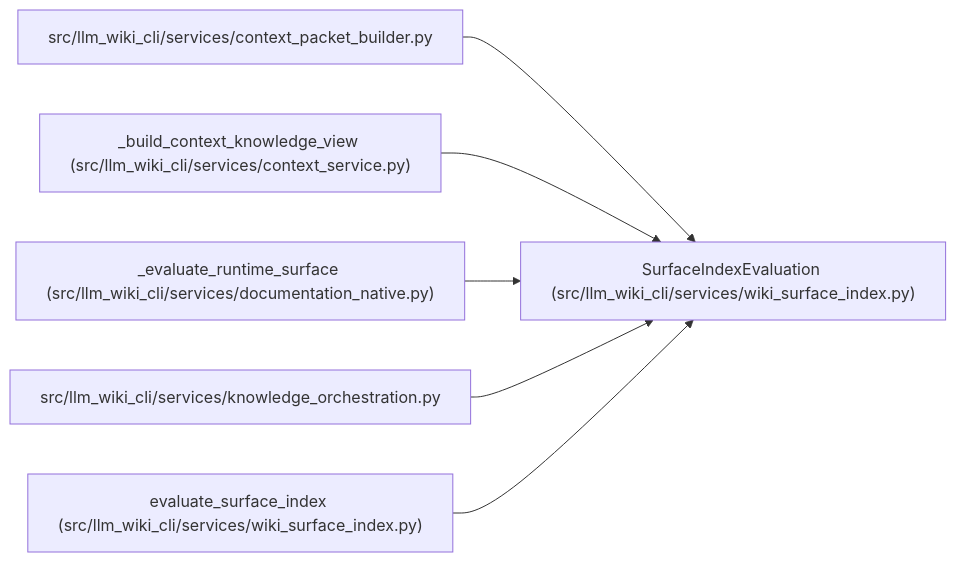
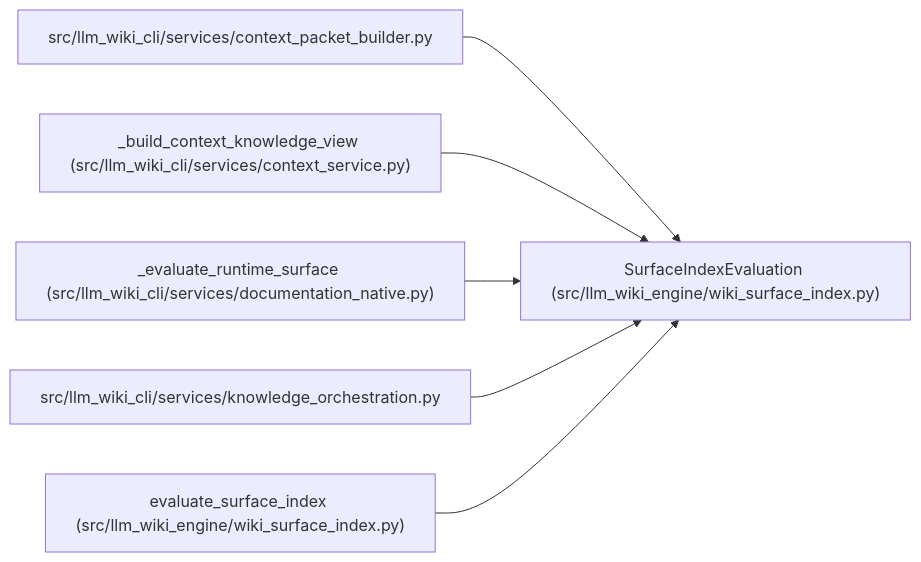
Before and after one commit to Denissvgn/python-wiki-llm: the diagram in docs/llm_wiki/entities/SurfaceIndexEvaluation.md, drawn with Mermaid. The commit also changed other lines of this file and 739 other files, not shown here.

First line of the commit message:
docs: refresh the wiki for the second engine batch

````diff
--- a/docs/llm_wiki/entities/SurfaceIndexEvaluation.md
+++ b/docs/llm_wiki/entities/SurfaceIndexEvaluation.md
@@ -31,20 +31,20 @@
 ```mermaid
 flowchart LR
-    n0["SurfaceIndexEvaluation (src/llm_wiki_cli/services/wiki_surface_index.py)"]
+    n0["SurfaceIndexEvaluation (src/llm_wiki_engine/wiki_surface_index.py)"]
     n1["src/llm_wiki_cli/services/context_packet_builder.py"]
     n2["_build_context_knowledge_view (src/llm_wiki_cli/services/context_service.py)"]
     n3["_evaluate_runtime_surface (src/llm_wiki_cli/services/documentation_native.py)"]
     n4["src/llm_wiki_cli/services/knowledge_orchestration.py"]
-    n5["evaluate_surface_index (src/llm_wiki_cli/services/wiki_surface_index.py)"]
+    n5["evaluate_surface_index (src/llm_wiki_engine/wiki_surface_index.py)"]
     n1 --> n0
     n2 --> n0
     n3 --> n0
     n4 --> n0
     n5 --> n0
     click n0 "../modules/wiki_surface_index.md"
     click n1 "../modules/context_packet_builder.md"
     click n2 "../modules/context_service.md"
     click n3 "../modules/documentation_native.md"
     click n4 "../modules/knowledge_orchestration.md"
     click n5 "../modules/wiki_surface_index.md"
 ```
````
